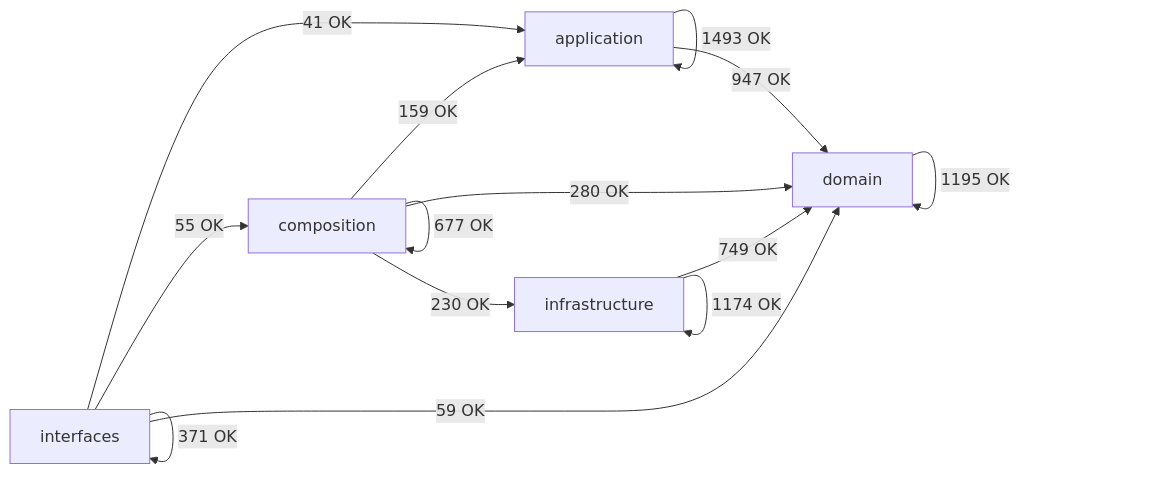
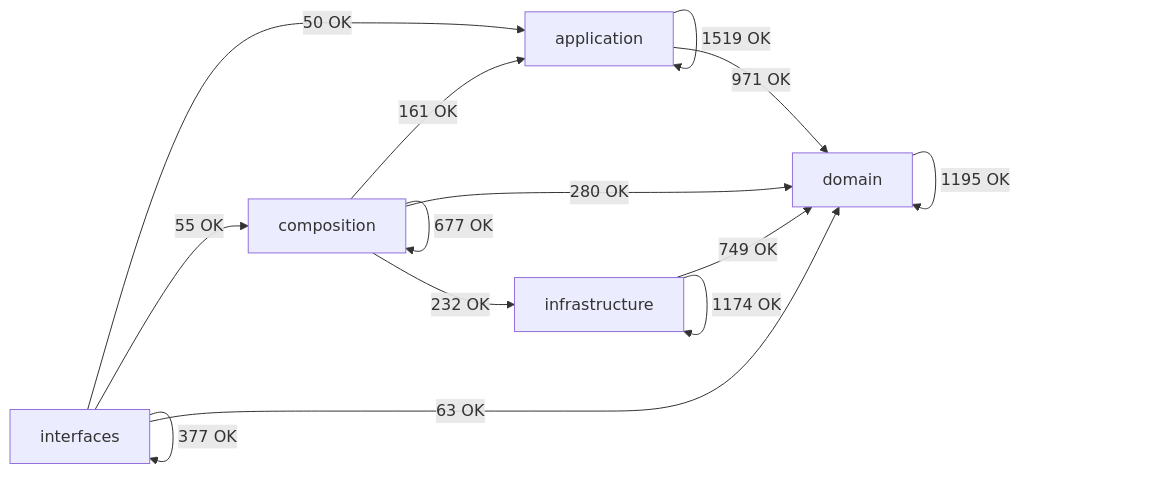
The diagram in docs/02-architecture/generated/module-dependency-map.md (SatoryKono/BioactivityDataAcquisition), drawn with Mermaid before and after one commit. The commit also changed other lines of this file and 4 other files, not shown here.

````diff
--- a/docs/02-architecture/generated/module-dependency-map.md
+++ b/docs/02-architecture/generated/module-dependency-map.md
@@ -17,21 +17,21 @@
 ```mermaid
 flowchart LR
     domain[domain]
     application[application]
     infrastructure[infrastructure]
     composition[composition]
     interfaces[interfaces]
-    application -->|1493 OK| application
-    application -->|947 OK| domain
-    composition -->|159 OK| application
+    application -->|1519 OK| application
+    application -->|971 OK| domain
+    composition -->|161 OK| application
     composition -->|677 OK| composition
     composition -->|280 OK| domain
-    composition -->|230 OK| infrastructure
+    composition -->|232 OK| infrastructure
     domain -->|1195 OK| domain
     infrastructure -->|749 OK| domain
     infrastructure -->|1174 OK| infrastructure
-    interfaces -->|41 OK| application
+    interfaces -->|50 OK| application
     interfaces -->|55 OK| composition
-    interfaces -->|59 OK| domain
-    interfaces -->|371 OK| interfaces
+    interfaces -->|63 OK| domain
+    interfaces -->|377 OK| interfaces
 ```
````
